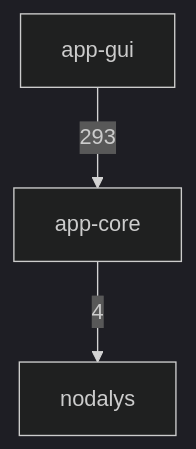
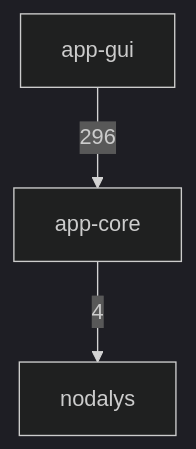
The first of 3 diagrams in docs/architecture.md (ronnymilleo/imcsim), drawn with Mermaid (dark theme) before and after one commit. The commit also changed other lines of this file, not shown here.

Commit message:
Update the include diagram for the measurements and the block library

````diff
--- a/docs/architecture.md
+++ b/docs/architecture.md
@@ -22,8 +22,8 @@
 ```mermaid
 flowchart TD
     app_gui[app-gui]
     app_core[app-core]
     nodalys[nodalys]
     app_core -->|4| nodalys
-    app_gui -->|293| app_core
+    app_gui -->|296| app_core
 ```
````
